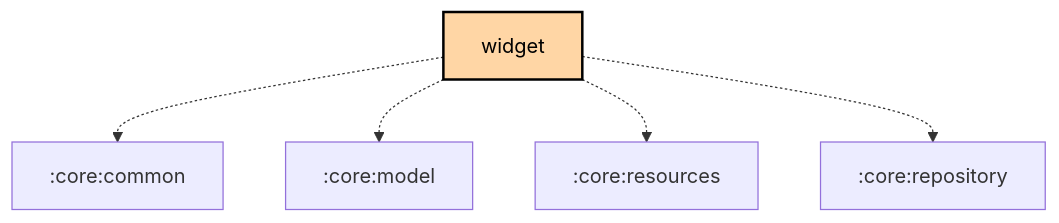
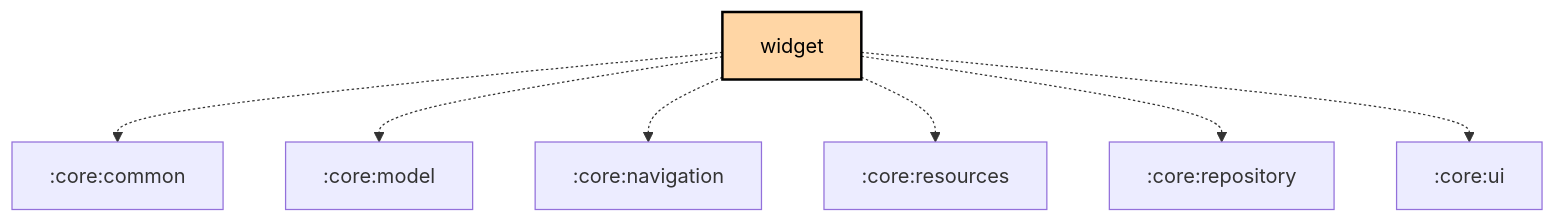
Before and after one commit to meshtastic/Meshtastic-Android: the diagram in feature/widget/README.md, drawn with Mermaid. The commit also changed other lines of this file and 23 other files, not shown here.

````diff
--- a/feature/widget/README.md
+++ b/feature/widget/README.md
@@ -144,22 +174,24 @@
 ```mermaid
 graph TB
   :feature:widget[widget]:::android-feature
   :feature:widget -.-> :core:common
   :feature:widget -.-> :core:model
+  :feature:widget -.-> :core:navigation
   :feature:widget -.-> :core:resources
   :feature:widget -.-> :core:repository
+  :feature:widget -.-> :core:ui
 
 classDef android-application fill:#CAFFBF,stroke:#000,stroke-width:2px,color:#000;
 classDef android-application-compose fill:#CAFFBF,stroke:#000,stroke-width:2px,color:#000;
 classDef compose-desktop-application fill:#CAFFBF,stroke:#000,stroke-width:2px,color:#000;
 classDef android-feature fill:#FFD6A5,stroke:#000,stroke-width:2px,color:#000;
 classDef android-library fill:#9BF6FF,stroke:#000,stroke-width:2px,color:#000;
 classDef android-library-compose fill:#9BF6FF,stroke:#000,stroke-width:2px,color:#000;
 classDef android-test fill:#A0C4FF,stroke:#000,stroke-width:2px,color:#000;
 classDef jvm-library fill:#BDB2FF,stroke:#000,stroke-width:2px,color:#000;
 classDef kmp-feature fill:#FFD6A5,stroke:#000,stroke-width:2px,color:#000;
 classDef kmp-library-compose fill:#FFC1CC,stroke:#000,stroke-width:2px,color:#000;
 classDef kmp-library fill:#FFC1CC,stroke:#000,stroke-width:2px,color:#000;
 classDef unknown fill:#FFADAD,stroke:#000,stroke-width:2px,color:#000;
 
 ```
````
